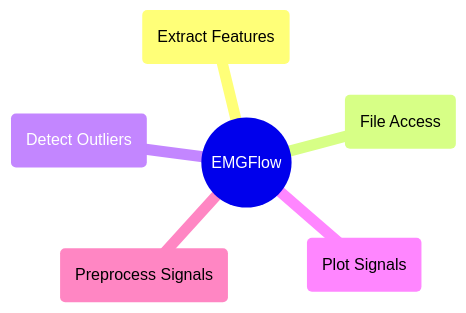
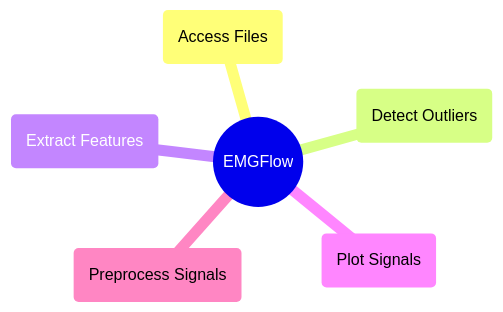
Before and after one commit to WiIIson/EMGFlow-Python-Package: the diagram in docs/reference/api-overview.md, drawn with Mermaid. The commit also changed 8 other files, not shown here.

````diff
--- a/docs/reference/api-overview.md
+++ b/docs/reference/api-overview.md
@@ -17,9 +17,9 @@
 ```mermaid
 mindmap
     root((EMGFlow))
+        FA(Access Files)
+        DO(Detect Outliers)
         EF(Extract Features)
-        FA(File Access)
-        DO(Detect Outliers)
         PlS(Plot Signals)
         PrS(Preprocess Signals)
 ```
````
